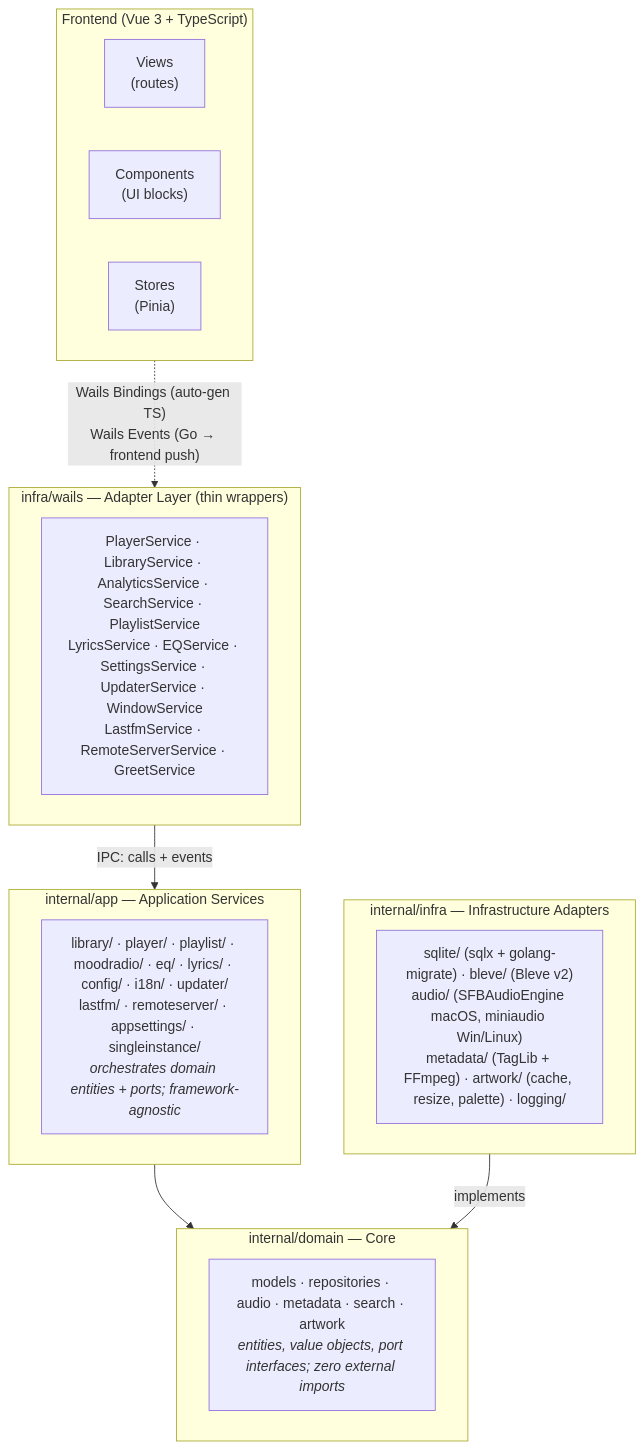
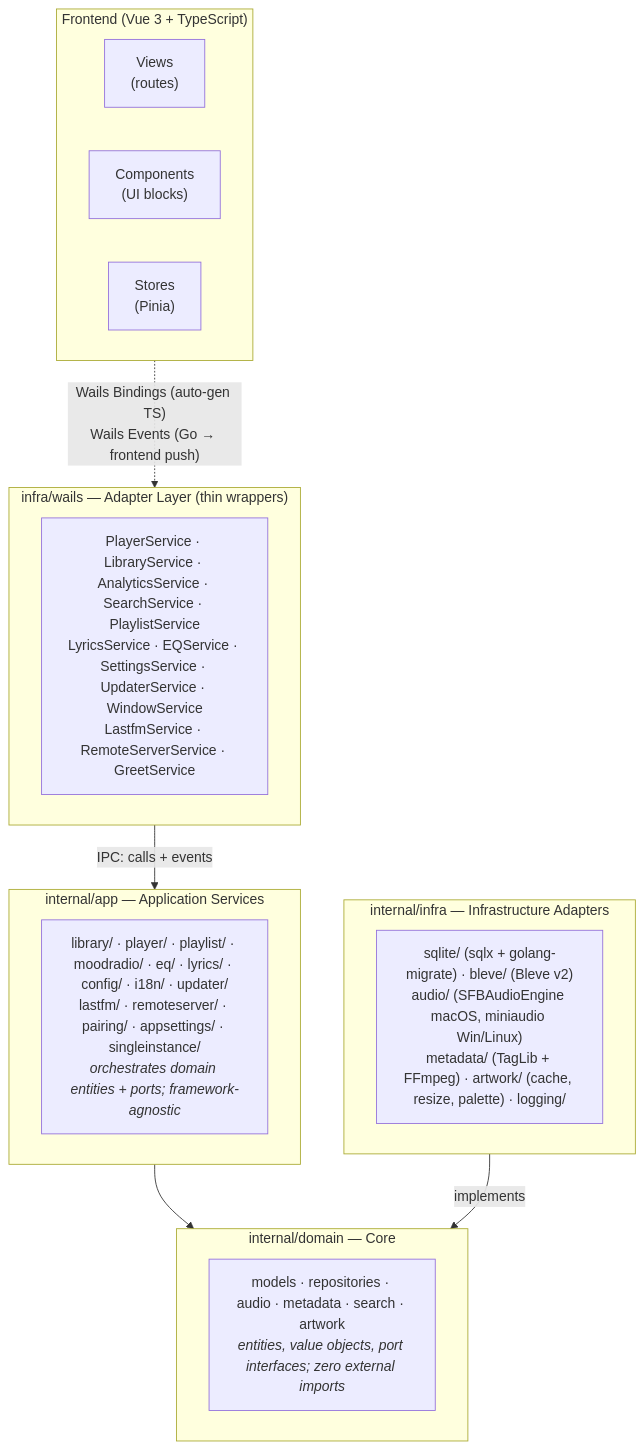
Before and after one commit to misa198/airmedy: the first of 2 diagrams in catalog/architecture/README.md, drawn with Mermaid. The commit also changed other lines of this file and 85 other files, not shown here.

````diff
--- a/catalog/architecture/README.md
+++ b/catalog/architecture/README.md
@@ -9,30 +9,30 @@
 ```mermaid
 flowchart TB
     subgraph FE["Frontend (Vue 3 + TypeScript)"]
         direction LR
         Views["Views<br/>(routes)"]
         Comps["Components<br/>(UI blocks)"]
         Stores["Stores<br/>(Pinia)"]
     end
     FE -.->|"Wails Bindings (auto-gen TS)<br/>Wails Events (Go → frontend push)"| WAILS
 
     subgraph WAILS["infra/wails — Adapter Layer (thin wrappers)"]
         Adapters["PlayerService · LibraryService · AnalyticsService · SearchService · PlaylistService<br/>LyricsService · EQService · SettingsService · UpdaterService · WindowService<br/>LastfmService · RemoteServerService · GreetService"]
     end
 
     subgraph APP["internal/app — Application Services"]
-        AppSvc["library/ · player/ · playlist/ · moodradio/ · eq/ · lyrics/ · config/ · i18n/ · updater/<br/>lastfm/ · remoteserver/ · appsettings/ · singleinstance/<br/><i>orchestrates domain entities + ports; framework-agnostic</i>"]
+        AppSvc["library/ · player/ · playlist/ · moodradio/ · eq/ · lyrics/ · config/ · i18n/ · updater/<br/>lastfm/ · remoteserver/ · pairing/ · appsettings/ · singleinstance/<br/><i>orchestrates domain entities + ports; framework-agnostic</i>"]
     end
 
     subgraph DOMAIN["internal/domain — Core"]
         Dom["models · repositories · audio · metadata · search · artwork<br/><i>entities, value objects, port interfaces; zero external imports</i>"]
     end
 
     subgraph INFRA["internal/infra — Infrastructure Adapters"]
         Inf["sqlite/ (sqlx + golang-migrate) · bleve/ (Bleve v2)<br/>audio/ (SFBAudioEngine macOS, miniaudio Win/Linux)<br/>metadata/ (TagLib + FFmpeg) · artwork/ (cache, resize, palette) · logging/"]
     end
 
     WAILS -->|"IPC: calls + events"| APP
     APP --> DOMAIN
     INFRA -->|implements| DOMAIN
 ```
````
